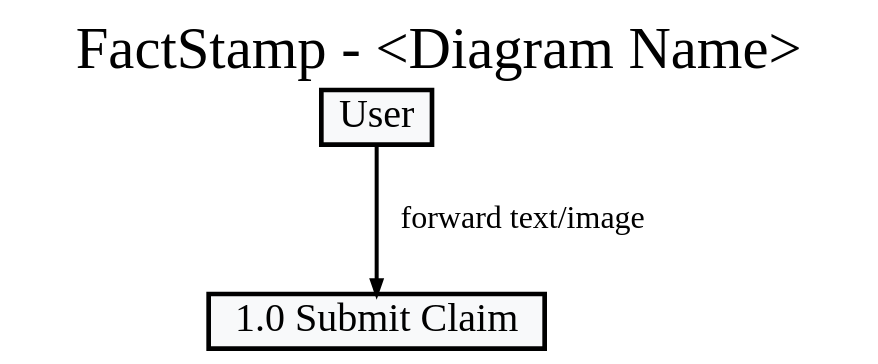
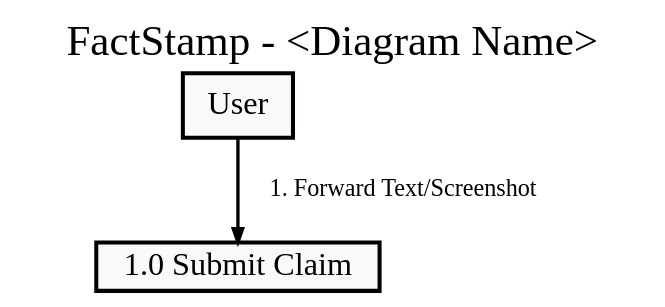
The second of 12 diagrams in FactStamp/Rules/Diagram-rules.md (aadish0day/typst), drawn with Graphviz before and after one commit. The commit also changed other lines of this file and 67 other files, not shown here.

````diff
--- a/FactStamp/Rules/Diagram-rules.md
+++ b/FactStamp/Rules/Diagram-rules.md
@@ -131,20 +167,21 @@
 ```dot
 digraph DFD {
   bgcolor="white"
-  fontname="Times New Roman"
+  fontname="Liberation Sans Bold"
   label="FactStamp - <Diagram Name>"
   labelloc=t
-  fontsize=44
+  fontsize=32
   rankdir=TB
-  nodesep=0.9
-  ranksep=1.2
+  nodesep=0.5
+  ranksep=0.8
+  margin=0.05
 
-  node [fontname="Times New Roman", fontsize=30, style=filled, fillcolor="#F8F9FA", color="#000000", penwidth=3.5]
-  edge [fontname="Times New Roman", fontsize=24, color="#000000", penwidth=3.0]
+  node [fontname="Liberation Sans Bold", fontsize=24, style="filled,bold", fillcolor="#F8F9FA", color="#000000", penwidth=3.0]
+  edge [fontname="Liberation Sans Bold", fontsize=18, color="#000000", penwidth=2.5]
 
   node [shape=circle]  // processes
   node [shape=box]     // external entities — override per-node
-  User [shape=box]
-  User -> "1.0 Submit Claim" [label="forward text/image"]
+  User [shape=box, fontname="Liberation Sans Bold", fontsize=24, margin="0.2,0.15"]
+  User -> "1.0 Submit Claim" [label=" 1. Forward Text/Screenshot ", fontname="Liberation Sans Bold", fontsize=18]
 }
 ```
````
